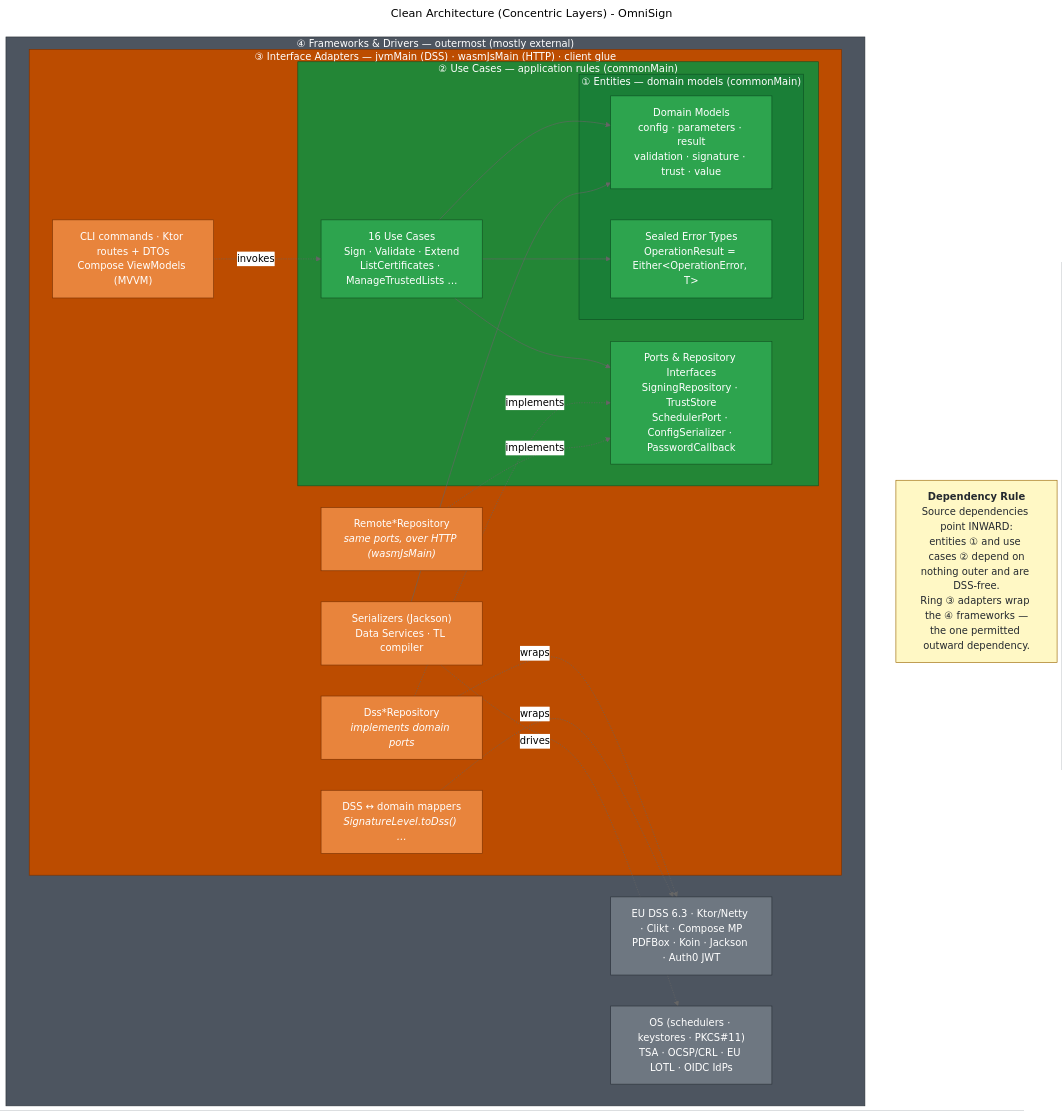
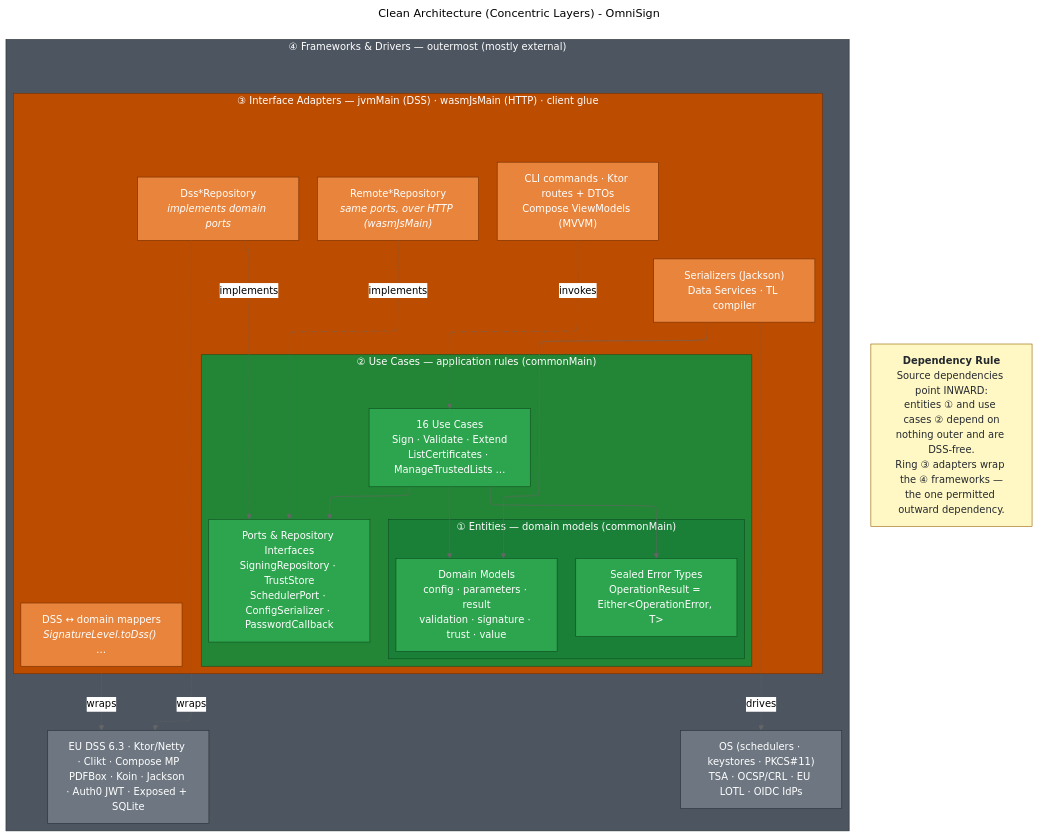
Before and after one commit to pizavo/omnisign: the diagram in docs/diagrams/clean-architecture.mmd, drawn with Mermaid (neutral theme). The commit also changed 15 other files, not shown here.

```diff
--- a/docs/diagrams/clean-architecture.mmd
+++ b/docs/diagrams/clean-architecture.mmd
@@ -1,59 +1,61 @@
 ---
 title: Clean Architecture (Concentric Layers) - OmniSign
+config:
+  layout: elk
 ---
 graph TB
     subgraph L4["④ Frameworks &amp; Drivers   —   outermost (mostly external)"]
-        FW["EU DSS 6.3 · Ktor/Netty · Clikt · Compose MP<br/>PDFBox · Koin · Jackson · Auth0 JWT"]
+        FW["EU DSS 6.3 · Ktor/Netty · Clikt · Compose MP<br/>PDFBox · Koin · Jackson · Auth0 JWT · Exposed + SQLite"]
         DRV["OS (schedulers · keystores · PKCS#11)<br/>TSA · OCSP/CRL · EU LOTL · OIDC IdPs"]
 
         subgraph L3["③ Interface Adapters   —   jvmMain (DSS) · wasmJsMain (HTTP) · client glue"]
             DSSREPO["`Dss*Repository<br/>*implements domain ports*`"]
             REMOTE["`Remote*Repository<br/>*same ports, over HTTP (wasmJsMain)*`"]
             MAP["`DSS ↔ domain mappers<br/>*SignatureLevel.toDss() …*`"]
             SER["Serializers (Jackson)<br/>Data Services · TL compiler"]
             DELIVERY["CLI commands · Ktor routes + DTOs<br/>Compose ViewModels (MVVM)"]
 
             subgraph L2["② Use Cases   —   application rules (commonMain)"]
                 UC["16 Use Cases<br/>Sign · Validate · Extend<br/>ListCertificates · ManageTrustedLists …"]
                 PORTS["Ports &amp; Repository Interfaces<br/>SigningRepository · TrustStore<br/>SchedulerPort · ConfigSerializer · PasswordCallback"]
 
                 subgraph L1["① Entities — domain models (commonMain)"]
                     MODELS["Domain Models<br/>config · parameters · result<br/>validation · signature · trust · value"]
                     ERR["Sealed Error Types<br/>OperationResult = Either&lt;OperationError, T&gt;"]
                 end
             end
         end
     end
 
     NOTE["`**Dependency Rule**<br/>Source dependencies point INWARD:<br/>entities ① and use cases ② depend on<br/>nothing outer and are DSS-free.<br/>Ring ③ adapters wrap the ④ frameworks —<br/>the one permitted outward dependency.`"]
 
     %% Inward dependencies (outer depends on inner)
     UC --> MODELS
     UC --> ERR
     UC --> PORTS
     DELIVERY -.->|"invokes"| UC
     DSSREPO -.->|"implements"| PORTS
     REMOTE -.->|"implements"| PORTS
     SER --> MODELS
 
     %% Single outward boundary: adapters wrap external frameworks
     DSSREPO -.->|"wraps"| FW
     MAP -.->|"wraps"| FW
     SER -.->|"drives"| DRV
 
     style L1 fill:#1a7f37,stroke:#0d4f22,color:#fff
     style L2 fill:#238636,stroke:#125021,color:#fff
     style L3 fill:#bc4c00,stroke:#7a3100,color:#fff
     style L4 fill:#4d5560,stroke:#2b3138,color:#fff
 
     classDef entity fill:#2da44e,stroke:#0d4f22,color:#fff;
     classDef usecase fill:#2da44e,stroke:#125021,color:#fff;
     classDef adapter fill:#e8843c,stroke:#7a3100,color:#fff;
     classDef framework fill:#6e7781,stroke:#2b3138,color:#fff;
     classDef note fill:#fff8c5,stroke:#9a6700,color:#24292f;
 
     class MODELS,ERR entity;
     class UC,PORTS usecase;
     class DSSREPO,REMOTE,MAP,SER,DELIVERY adapter;
     class FW,DRV framework;
     class NOTE note;
```
